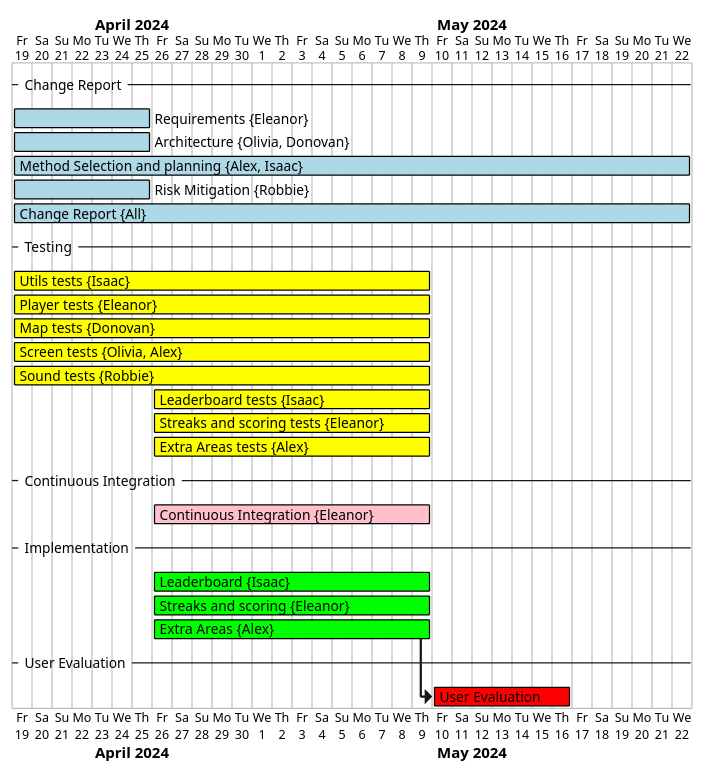
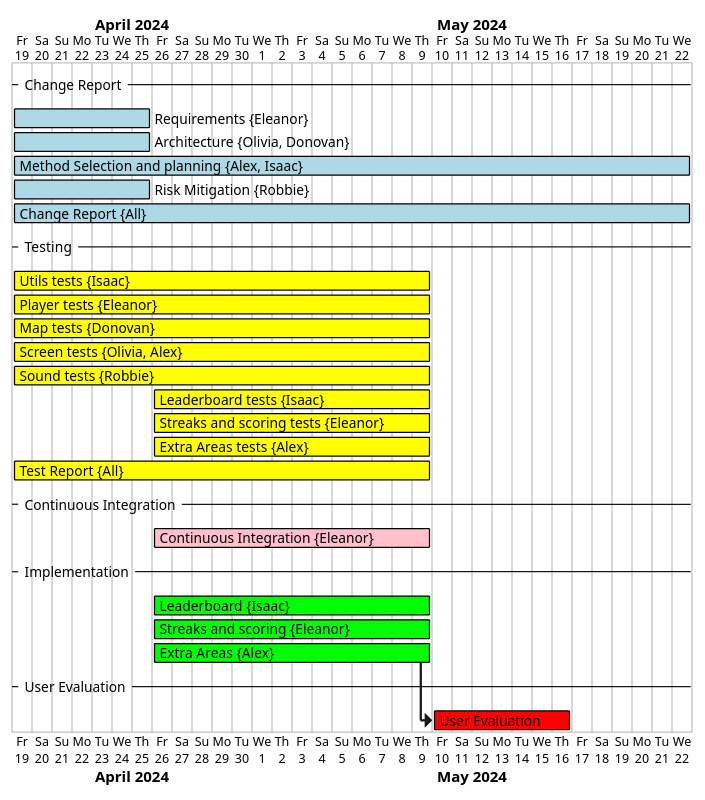
Before and after one commit to E-Bickell/ENG1_2: the diagram in plantUML diagrams/Week 3.puml, drawn with PlantUML. The commit also changed 4 other files, not shown here.

First line of the commit message:
Updated Gantt charts

```diff
--- a/plantUML diagrams/Week 3.puml
+++ b/plantUML diagrams/Week 3.puml
@@ -1,74 +1,77 @@
 @startgantt
 hide resources footbox
 -- Change Report --
 [Requirements] on {Eleanor} lasts 7 days
 [Architecture] on {Olivia, Donovan} lasts 7 days
 [Method Selection and planning] on {Alex, Isaac} lasts 34 days
 [Risk Mitigation] on {Robbie} lasts 7 days
 [Change Report] on {All} lasts 34 days
 -- Testing --
 [Utils tests] on {Isaac} lasts 21 days
 [Player tests] on {Eleanor} lasts 21 days
 [Map tests] on {Donovan} lasts 21 days
 [Screen tests] on {Olivia, Alex} lasts 21 days
 [Sound tests] on {Robbie} lasts 21 days
 [Leaderboard tests] on {Isaac} lasts 14 days
 [Streaks and scoring tests] on {Eleanor} lasts 14 days
 [Extra Areas tests] on {Alex} lasts 14 days
+[Test Report] on {All} lasts 21 days
 -- Continuous Integration --
 [Continuous Integration] on {Eleanor} lasts 14 days
 -- Implementation --
 [Leaderboard] on {Isaac} lasts 14 days
 [Streaks and scoring] on {Eleanor} lasts 14 days
 [Extra Areas] on {Alex} lasts 14 days
 -- User Evaluation --
 then [User Evaluation] lasts 7 days
 
 [Requirements] is colored in LightBlue/Black
 [Architecture] is colored in LightBlue/Black
 [Method Selection and planning] is colored in LightBlue/Black
 [Risk Mitigation] is colored in LightBlue/Black
 [Change Report] is colored in LightBlue/Black
 
 [Utils tests] is colored in Yellow/Black
 [Player tests] is colored in Yellow/Black
 [Map tests] is colored in Yellow/Black
 [Screen tests] is colored in Yellow/Black
 [Sound tests] is colored in Yellow/Black
 [Leaderboard tests] is colored in Yellow/Black
 [Streaks and scoring tests] is colored in Yellow/Black
 [Extra Areas tests] is colored in Yellow/Black
+[Test Report] is colored in Yellow/Black
 
 [Continuous Integration] is colored in Pink/Black
 
 [Leaderboard] is colored in Lime/Black
 [Streaks and scoring] is colored in Lime/Black
 [Extra Areas] is colored in Lime/Black
 
 [User Evaluation] is coloured in Red/Black
 
 Project starts 2024-04-19
 
 [Requirements] starts 2024-04-19
 [Architecture] starts 2024-04-19
 [Method Selection and planning] starts 2024-04-19
 [Risk Mitigation] starts 2024-04-19
 [Change Report] starts 2024-04-19
 
 [Utils tests] starts 2024-04-19
 [Player tests] starts 2024-04-19
 [Map tests] starts 2024-04-19
 [Screen tests] starts 2024-04-19
 [Sound tests] starts 2024-04-19
 [Leaderboard tests] starts 2024-04-26
 [Streaks and scoring tests] starts 2024-04-26
 [Extra Areas tests] starts 2024-04-26
+[Test Report] starts 2024-04-19
 
 [Continuous Integration] starts at 2024-04-26
 
 [Leaderboard] starts at 2024-04-26
 [Streaks and scoring] starts at 2024-04-26
 [Extra Areas] starts at 2024-04-26
 
 [User Evaluation] starts at [Extra Areas]'s end
 @endgantt
```
